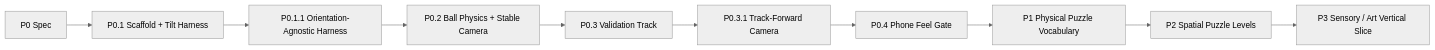
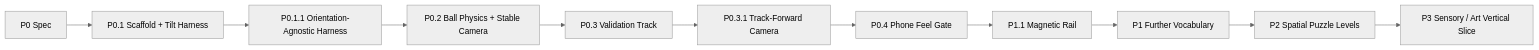
The diagram in docs/plans/inner-rail/ROADMAP.md (zeroLR/2D-game-playground), drawn with Mermaid (neutral theme) before and after one commit. The commit also changed other lines of this file, not shown here.

Commit message:
docs(inner-rail): enter P1 magnetic vocabulary exploration

````diff
--- a/docs/plans/inner-rail/ROADMAP.md
+++ b/docs/plans/inner-rail/ROADMAP.md
@@ -9,12 +9,13 @@
 ```mermaid
 flowchart LR
     S[P0 Spec] --> P01[P0.1 Scaffold + Tilt Harness]
     P01 --> P011[P0.1.1 Orientation-Agnostic Harness]
     P011 --> P02[P0.2 Ball Physics + Stable Camera]
     P02 --> P03[P0.3 Validation Track]
     P03 --> P031[P0.3.1 Track-Forward Camera]
     P031 --> P04[P0.4 Phone Feel Gate]
-    P04 --> P1[P1 Physical Puzzle Vocabulary]
-    P1 --> P2[P2 Spatial Puzzle Levels]
+    P04 --> P11[P1.1 Magnetic Rail]
+    P11 --> P1X[P1 Further Vocabulary]
+    P1X --> P2[P2 Spatial Puzzle Levels]
     P2 --> P3[P3 Sensory / Art Vertical Slice]
 ```
````
